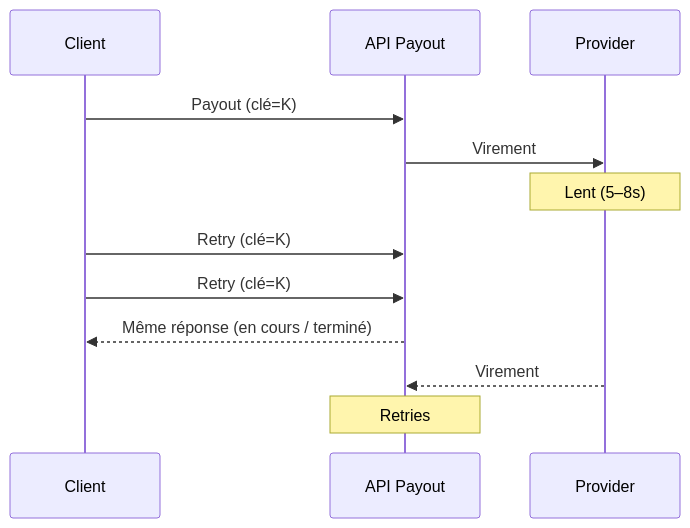
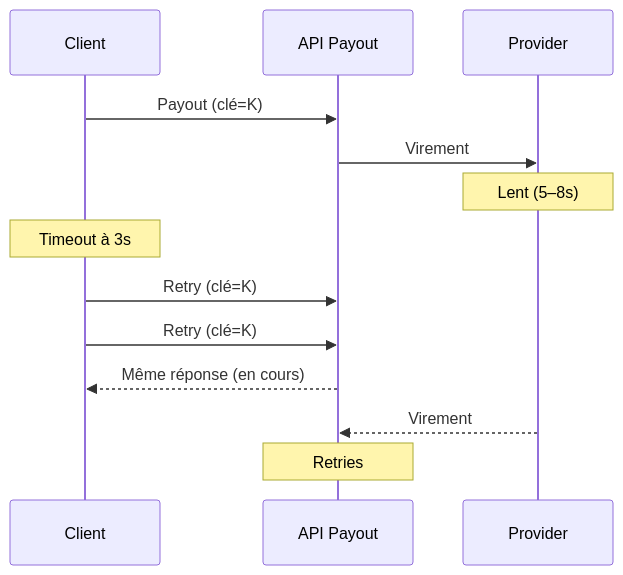
Before and after one commit to saifcores/saifcore-blog: the diagram in content/fr/retry-storm-double-payout.mdx, drawn with Mermaid. The commit also changed other lines of this file and 1 other file, not shown here.

````diff
--- a/content/fr/retry-storm-double-payout.mdx
+++ b/content/fr/retry-storm-double-payout.mdx
@@ -33,15 +47,16 @@
 ```mermaid
 sequenceDiagram
   participant Client
   participant API as API Payout
   participant Provider
 
   Client->>API: Payout (clé=K)
   API->>Provider: Virement #1
   Note over Provider: Lent (5–8s)
+  Note over Client: Timeout à 3s
   Client->>API: Retry (clé=K)
   Client->>API: Retry (clé=K)
-  API-->>Client: Même réponse (en cours / terminé)
+  API-->>Client: Même réponse (en cours)
   Provider-->>API: Virement #1 OK
-  Note over API: Retries #2/#3 ignorés
+  Note over API: Retries #2 et #3 ignorés
 ```
````
